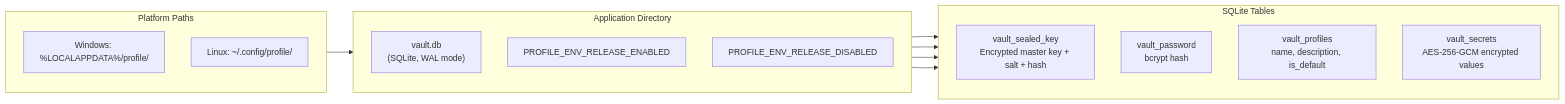
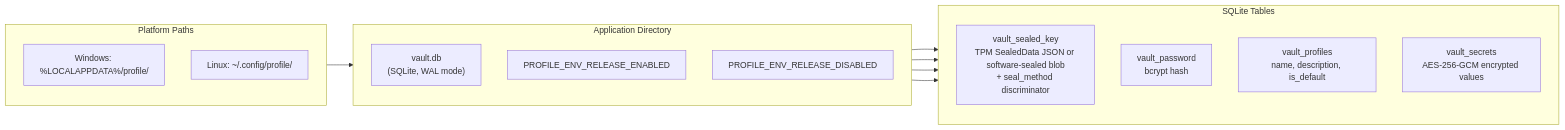
One commit to inovacc/anvil changed diagram 13 of 14 in docs/ARCHITECTURE.md. Above: the diagram before and after it, drawn with Mermaid. The commit also changed other lines of this file, not shown here.

First line of the commit message:
docs: update ARCHITECTURE.md with TPM sealing diagrams

````diff
--- a/docs/ARCHITECTURE.md
+++ b/docs/ARCHITECTURE.md
@@ -422,29 +509,29 @@
 ```mermaid
 graph LR
     subgraph AppDir["Application Directory"]
         direction TB
         DB["vault.db<br/>(SQLite, WAL mode)"]
         EN["PROFILE_ENV_RELEASE_ENABLED"]
         DIS["PROFILE_ENV_RELEASE_DISABLED"]
     end
 
     subgraph Tables["SQLite Tables"]
         direction TB
-        SK["vault_sealed_key<br/>Encrypted master key + salt + hash"]
+        SK["vault_sealed_key<br/>TPM SealedData JSON or software-sealed blob<br/>+ seal_method discriminator"]
         PW["vault_password<br/>bcrypt hash"]
         PR["vault_profiles<br/>name, description, is_default"]
         SE["vault_secrets<br/>AES-256-GCM encrypted values"]
     end
 
     DB --> SK
     DB --> PW
     DB --> PR
     DB --> SE
 
     subgraph Paths["Platform Paths"]
         Win["Windows: %LOCALAPPDATA%/profile/"]
         Lin["Linux: ~/.config/profile/"]
     end
 
     Paths --> AppDir
 ```
````
